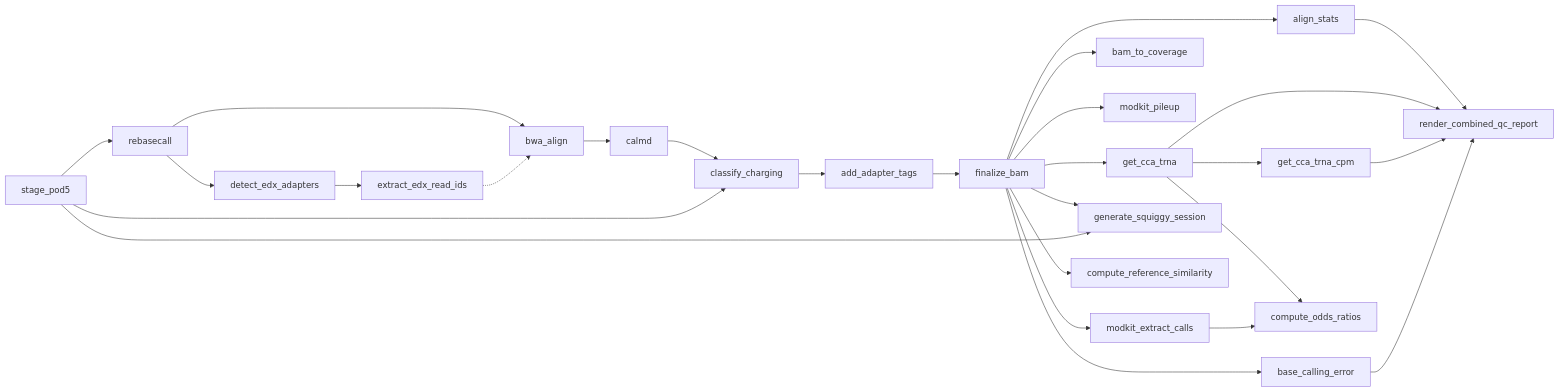
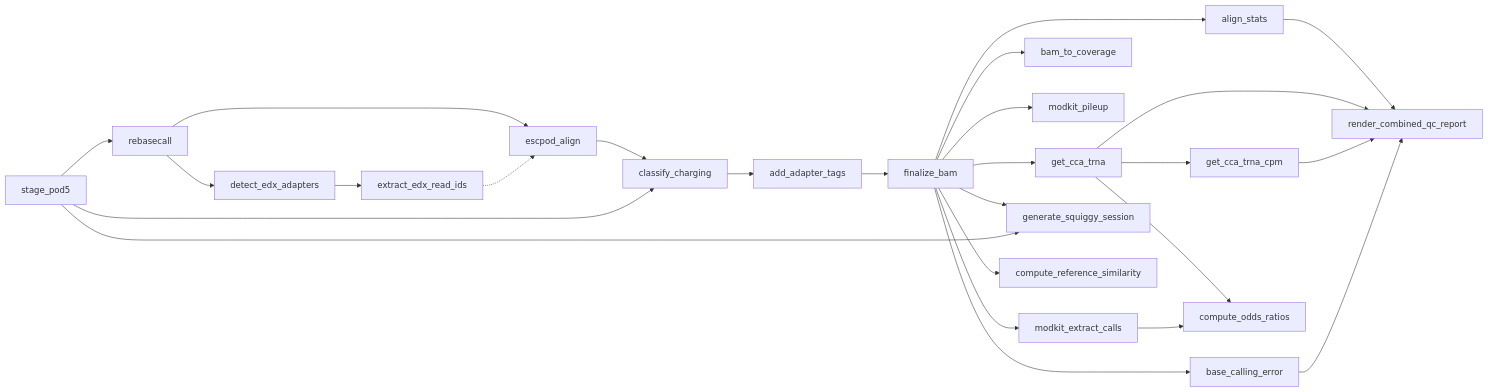
Before and after one commit to rnabioco/aa-tRNA-seq-pipeline: the diagram in docs/workflow/rules-reference.md, drawn with Mermaid. The commit also changed other lines of this file and 42 other files, not shown here.

First line of the commit message:
feat(align): replace bwa_align + calmd with escpod align

````diff
--- a/docs/workflow/rules-reference.md
+++ b/docs/workflow/rules-reference.md
@@ -701,29 +654,28 @@
 ```mermaid
 flowchart LR
     stage_pod5 --> rebasecall
-    rebasecall --> bwa_align
+    rebasecall --> escpod_align
     rebasecall --> detect_edx_adapters
     detect_edx_adapters --> extract_edx_read_ids
-    extract_edx_read_ids -.-> bwa_align
-    bwa_align --> calmd
-    calmd --> classify_charging
+    extract_edx_read_ids -.-> escpod_align
+    escpod_align --> classify_charging
     stage_pod5 --> classify_charging
     classify_charging --> add_adapter_tags
     add_adapter_tags --> finalize_bam
     finalize_bam --> get_cca_trna
     finalize_bam --> base_calling_error
     finalize_bam --> align_stats
     finalize_bam --> bam_to_coverage
     finalize_bam --> modkit_pileup
     finalize_bam --> modkit_extract_calls
     get_cca_trna --> get_cca_trna_cpm
     get_cca_trna --> compute_odds_ratios
     modkit_extract_calls --> compute_odds_ratios
     finalize_bam --> generate_squiggy_session
     stage_pod5 --> generate_squiggy_session
     finalize_bam --> compute_reference_similarity
     align_stats --> render_combined_qc_report
     get_cca_trna --> render_combined_qc_report
     get_cca_trna_cpm --> render_combined_qc_report
     base_calling_error --> render_combined_qc_report
 ```
````
